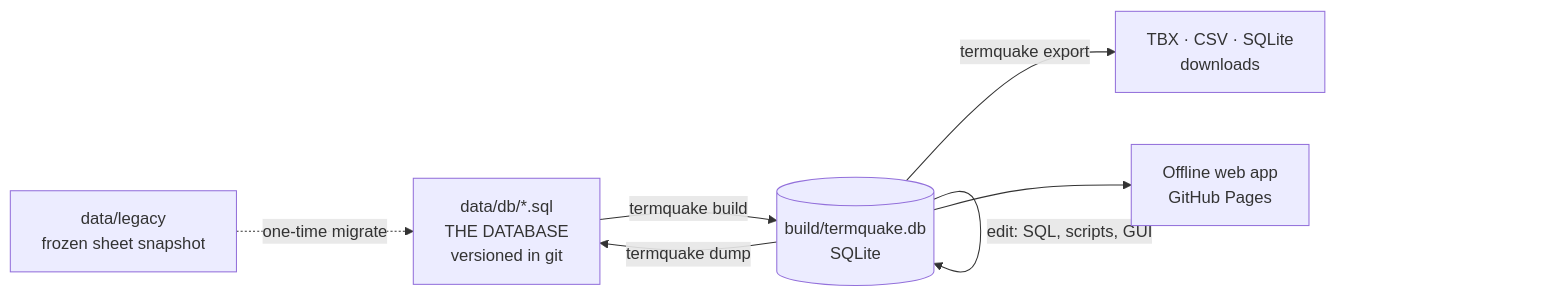
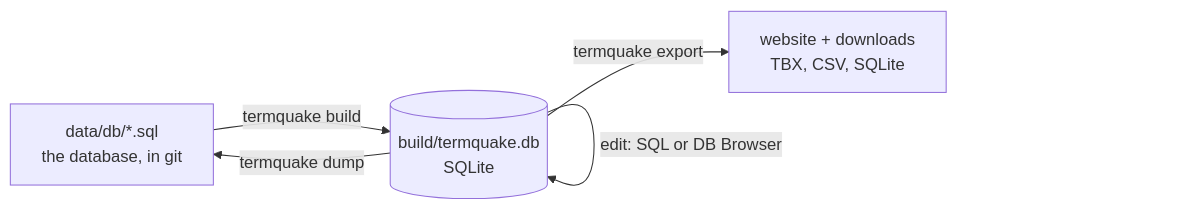
Before and after one commit to ysfztpp/TermQuake: the second of 2 diagrams in README.md, drawn with Mermaid. The commit also changed other lines of this file and 11 other files, not shown here.

````diff
--- a/README.md
+++ b/README.md
@@ -16,9 +30,7 @@
 ```mermaid
 flowchart LR
-  L[data/legacy<br/>frozen sheet snapshot] -. one-time migrate .-> D
-  D[data/db/*.sql<br/>THE DATABASE<br/>versioned in git] -->|termquake build| B[(build/termquake.db<br/>SQLite)]
-  B -->|edit: SQL, scripts, GUI| B
+  D[data/db/*.sql<br/>the database, in git] -->|termquake build| B[(build/termquake.db<br/>SQLite)]
+  B -->|edit: SQL or DB Browser| B
   B -->|termquake dump| D
-  B -->|termquake export| E[TBX · CSV · SQLite<br/>downloads]
-  B --> F[Offline web app<br/>GitHub Pages]
+  B -->|termquake export| E[website + downloads<br/>TBX, CSV, SQLite]
 ```
````
